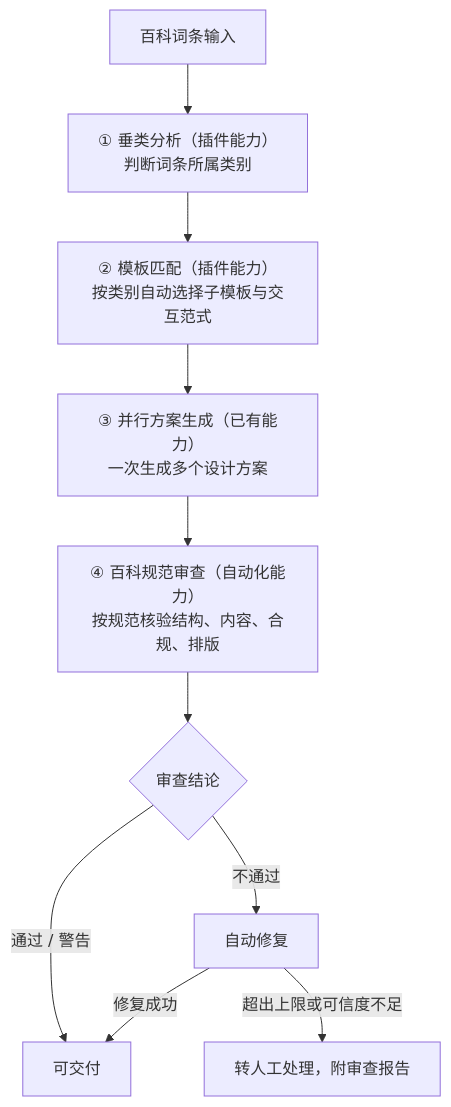
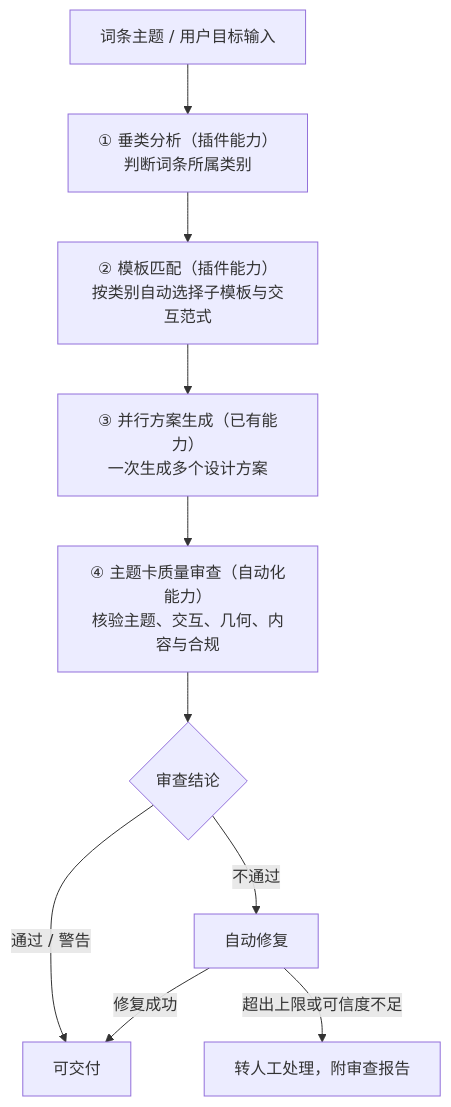
The diagram in docs/weekly-feature-roadmap.md (SuTang-vain/DUDesign), drawn with Mermaid before and after one commit. The commit also changed other lines of this file and 29 other files, not shown here.

Commit message:
Document staging quality and architecture governance

````diff
--- a/docs/weekly-feature-roadmap.md
+++ b/docs/weekly-feature-roadmap.md
@@ -45,12 +45,12 @@
 ```mermaid
 flowchart TD
-  E[百科词条输入] --> A
+  E[词条主题 / 用户目标输入] --> A
   A["① 垂类分析（插件能力）<br/>判断词条所属类别"] --> B
   B["② 模板匹配（插件能力）<br/>按类别自动选择子模板与交互范式"] --> C
   C["③ 并行方案生成（已有能力）<br/>一次生成多个设计方案"] --> D
-  D["④ 百科规范审查（自动化能力）<br/>按规范核验结构、内容、合规、排版"] --> R{审查结论}
+  D["④ 主题卡质量审查（自动化能力）<br/>核验主题、交互、几何、内容与合规"] --> R{审查结论}
   R -->|通过 / 警告| P[可交付]
   R -->|不通过| F[自动修复]
   F -->|修复成功| P
   F -->|超出上限或可信度不足| H[转人工处理，附审查报告]
 ```
````
